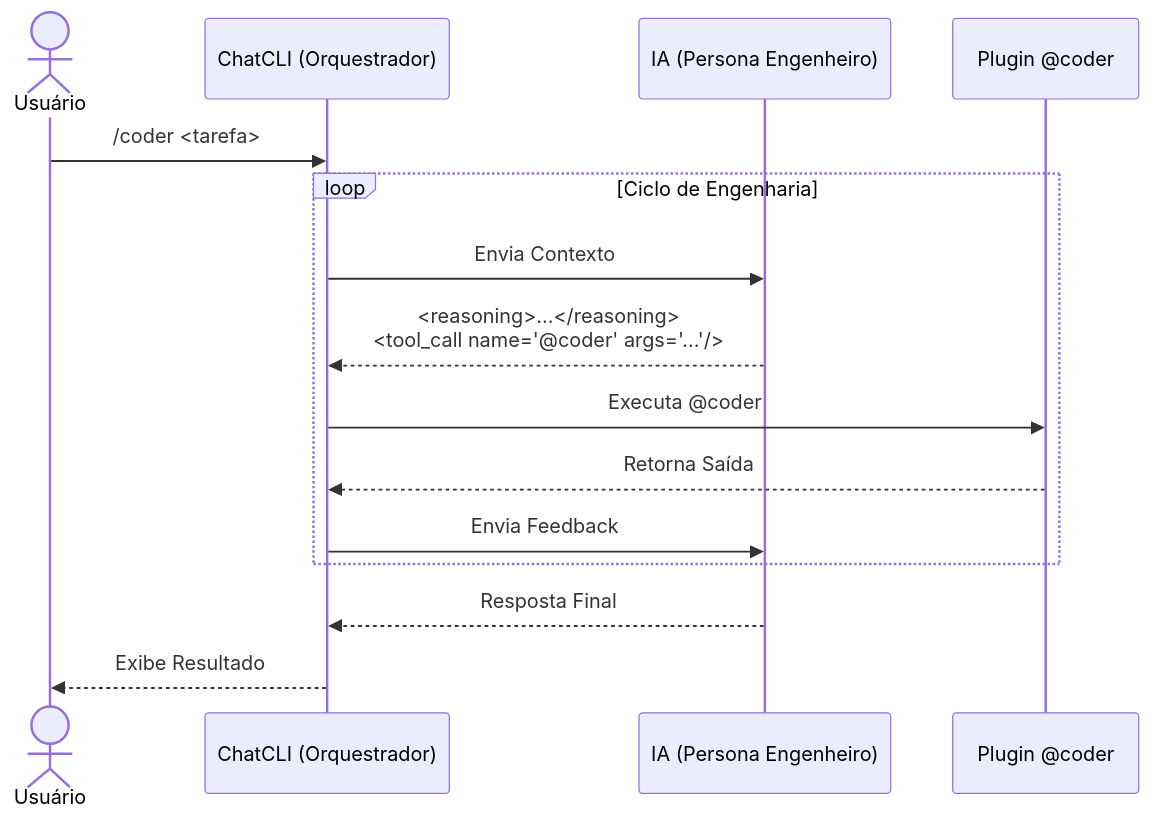
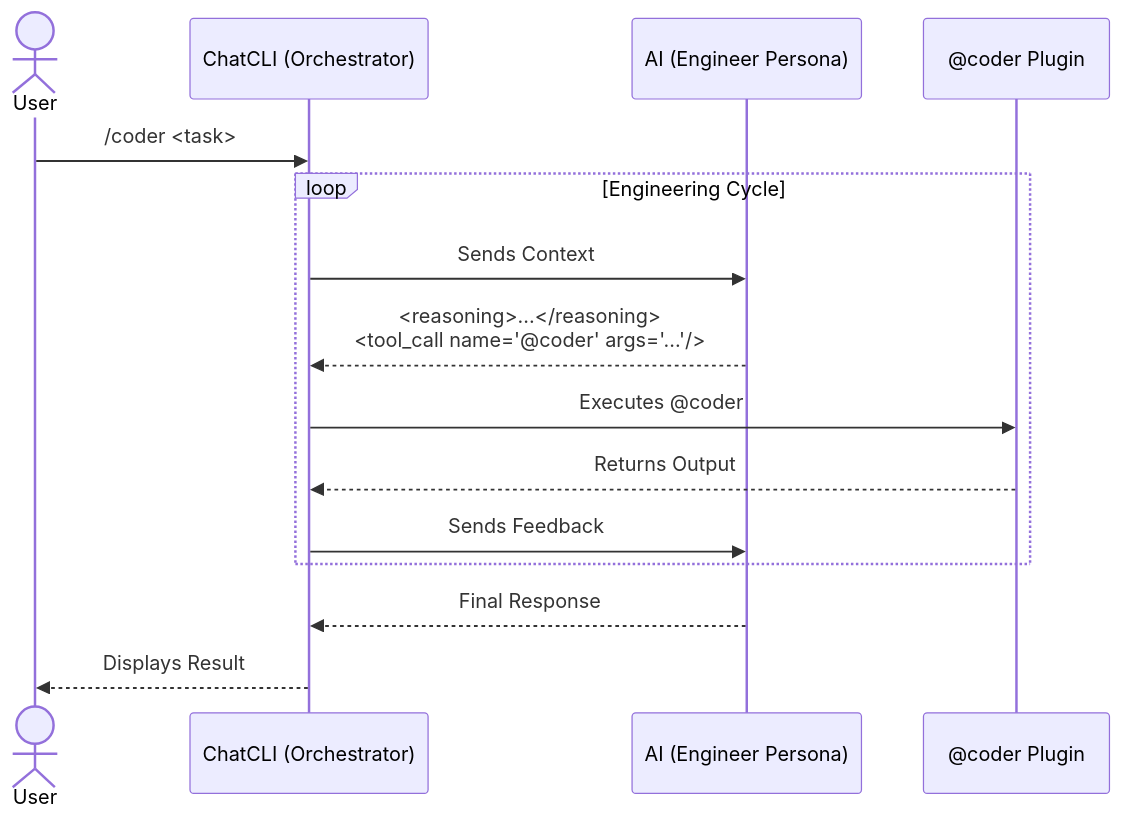
One commit to diillson/chatcli.ai changed the diagram in core-concepts/coder-mode.mdx. Above: the diagram before and after it, drawn with Mermaid. The commit also changed other lines of this file and 500 other files, not shown here.

````diff
--- a/core-concepts/coder-mode.mdx
+++ b/core-concepts/coder-mode.mdx
@@ -29,20 +29,20 @@
 ```mermaid
 sequenceDiagram
-    actor User as Usuário
-    participant CLI as ChatCLI (Orquestrador)
-    participant LLM as IA (Persona Engenheiro)
-    participant Plugin as Plugin @coder
+    actor User as User
+    participant CLI as ChatCLI (Orchestrator)
+    participant LLM as AI (Engineer Persona)
+    participant Plugin as @coder Plugin
 
-    User->>CLI: /coder <tarefa>
+    User->>CLI: /coder <task>
 
-    loop Ciclo de Engenharia
-        CLI->>LLM: Envia Contexto
+    loop Engineering Cycle
+        CLI->>LLM: Sends Context
         LLM-->>CLI: <reasoning>...</reasoning><br/><tool_call name="@coder" args="..."/>
-        CLI->>Plugin: Executa @coder
-        Plugin-->>CLI: Retorna Saída
-        CLI->>LLM: Envia Feedback
+        CLI->>Plugin: Executes @coder
+        Plugin-->>CLI: Returns Output
+        CLI->>LLM: Sends Feedback
     end
 
-    LLM-->>CLI: Resposta Final
-    CLI-->>User: Exibe Resultado
+    LLM-->>CLI: Final Response
+    CLI-->>User: Displays Result
 ```
````
